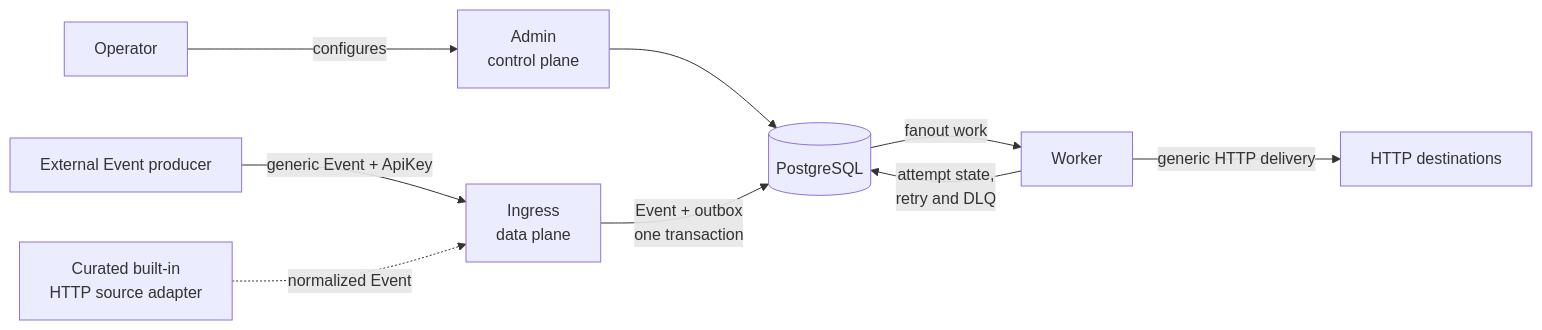
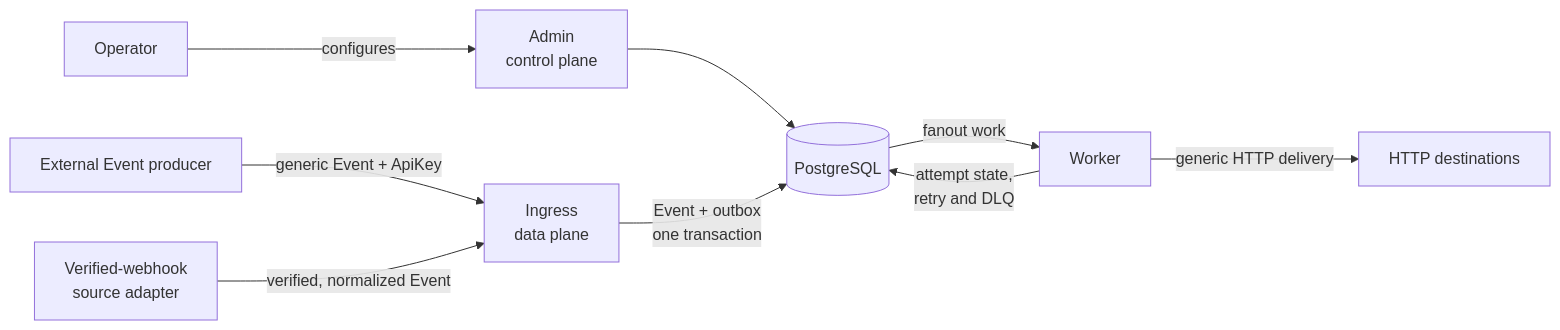
The diagram in docs/architecture.md (arminzou/integrios), drawn with Mermaid before and after one commit. The commit also changed other lines of this file and 7 other files, not shown here.

````diff
--- a/docs/architecture.md
+++ b/docs/architecture.md
@@ -16,11 +16,11 @@
 ```mermaid
 flowchart LR
     Operator[Operator] -->|configures| Admin[Admin<br/>control plane]
     Producer[External Event producer] -->|generic Event + ApiKey| Ingress[Ingress<br/>data plane]
-    Adapter[Curated built-in<br/>HTTP source adapter] -.->|normalized Event| Ingress
+    Adapter[Verified-webhook<br/>source adapter] -->|verified, normalized Event| Ingress
     Admin --> DB[(PostgreSQL)]
     Ingress -->|Event + outbox<br/>one transaction| DB
     DB -->|fanout work| Worker[Worker]
     Worker -->|generic HTTP delivery| Destinations[HTTP destinations]
     Worker -->|attempt state,<br/>retry and DLQ| DB
 ```
````
